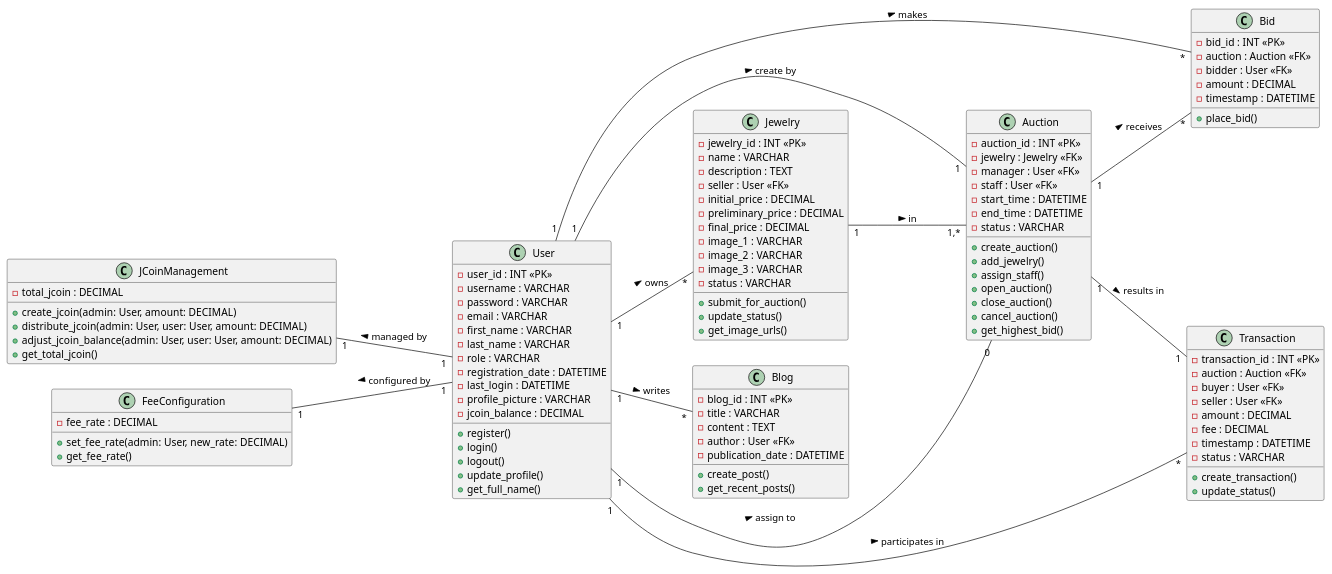
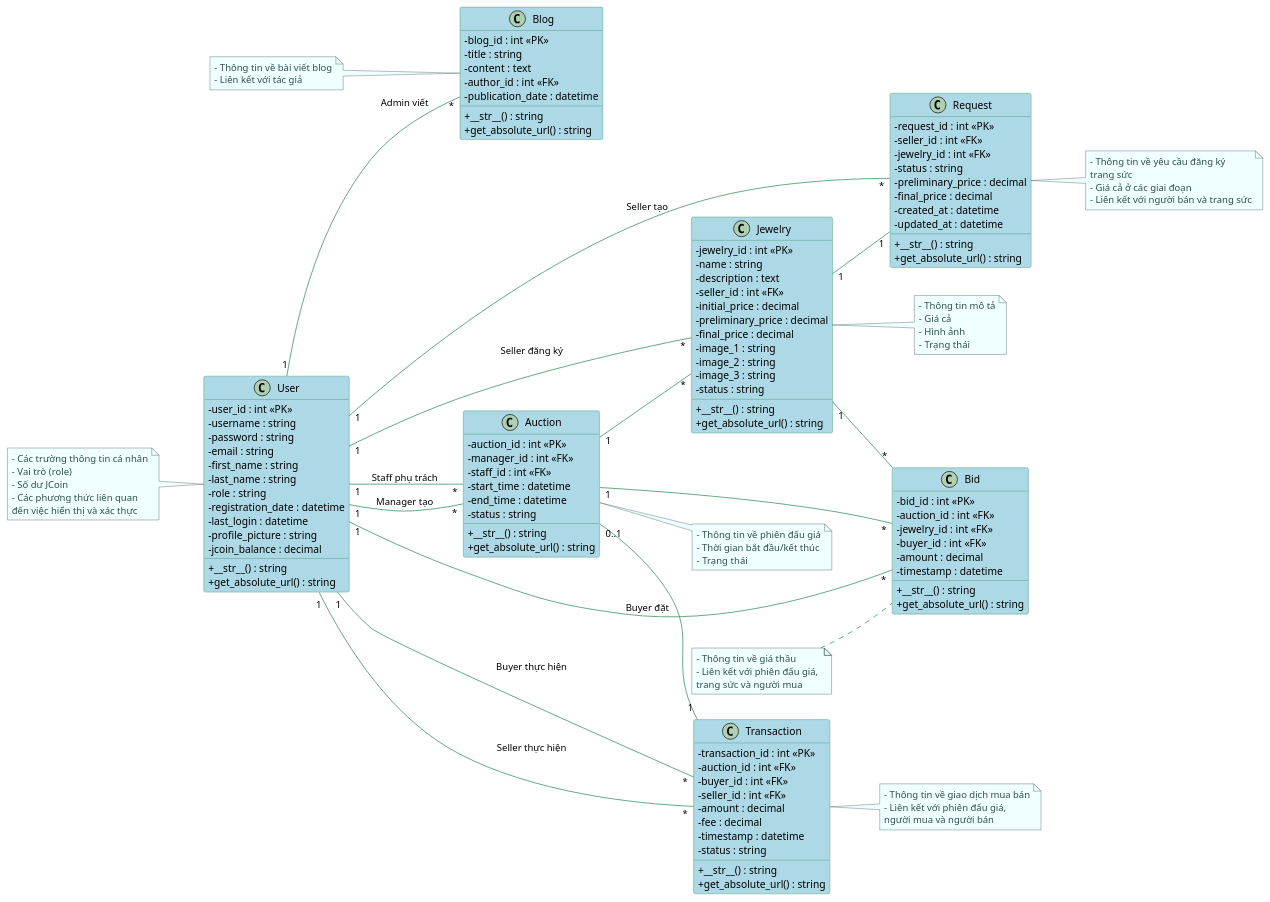
One commit to PeHatHat/Nhom9_CNPM changed the diagram in UML/ClassDiagram.plantuml. Above: the diagram before and after it, drawn with PlantUML. The commit also changed 2 other files, not shown here.

Commit message:
update setting and UML

```diff
--- a/UML/ClassDiagram.plantuml
+++ b/UML/ClassDiagram.plantuml
@@ -1,112 +1,135 @@
-@startuml Class
+@startuml   Class
 left to right direction
+skinparam classAttributeIconSize 0
+skinparam class {
+    BackgroundColor #ADD8E6
+    ArrowColor #2E8B57
+    BorderColor #2E8B57
+    FontName Arial
+}
+skinparam note {
+    BackgroundColor #F0FFFF
+    FontColor #2F4F4F
+    BorderColor #2F4F4F
+    FontName Arial
+}
+
 class User {
-  - user_id : INT <<PK>>
-  - username : VARCHAR
-  - password : VARCHAR
-  - email : VARCHAR
-  - first_name : VARCHAR
-  - last_name : VARCHAR
-  - role : VARCHAR
-  - registration_date : DATETIME
-  - last_login : DATETIME
-  - profile_picture : VARCHAR
-  - jcoin_balance : DECIMAL
-  + register()
-  + login()
-  + logout()
-  + update_profile()
-  + get_full_name()
+  -user_id : int <<PK>>
+  -username : string
+  -password : string
+  -email : string
+  -first_name : string
+  -last_name : string
+  -role : string
+  -registration_date : datetime
+  -last_login : datetime
+  -profile_picture : string
+  -jcoin_balance : decimal
+  +__str__() : string
+  +get_absolute_url() : string
 }
 
 class Jewelry {
-  - jewelry_id : INT <<PK>>
-  - name : VARCHAR
-  - description : TEXT
-  - seller : User <<FK>>
-  - initial_price : DECIMAL
-  - preliminary_price : DECIMAL
-  - final_price : DECIMAL
-  - image_1 : VARCHAR
-  - image_2 : VARCHAR
-  - image_3 : VARCHAR
-  - status : VARCHAR
-  + submit_for_auction()
-  + update_status()
-  + get_image_urls()
+  -jewelry_id : int <<PK>>
+  -name : string
+  -description : text
+  -seller_id : int <<FK>>
+  -initial_price : decimal
+  -preliminary_price : decimal
+  -final_price : decimal
+  -image_1 : string
+  -image_2 : string
+  -image_3 : string
+  -status : string
+  +__str__() : string
+  +get_absolute_url() : string
 }
 
 class Auction {
-  - auction_id : INT <<PK>>
-  - jewelry : Jewelry <<FK>>
-  - manager : User <<FK>>
-  - staff : User <<FK>>
-  - start_time : DATETIME
-  - end_time : DATETIME
-  - status : VARCHAR
-  + create_auction()
-  + add_jewelry()
-  + assign_staff()
-  + open_auction()
-  + close_auction()
-  + cancel_auction()
-  + get_highest_bid()
+  -auction_id : int <<PK>>
+  -manager_id : int <<FK>>
+  -staff_id : int <<FK>>
+  -start_time : datetime
+  -end_time : datetime
+  -status : string
+  +__str__() : string
+  +get_absolute_url() : string
 }
 
 class Bid {
-  - bid_id : INT <<PK>>
-  - auction : Auction <<FK>>
-  - bidder : User <<FK>>
-  - amount : DECIMAL
-  - timestamp : DATETIME
-  + place_bid()
+  -bid_id : int <<PK>>
+  -auction_id : int <<FK>>
+  -jewelry_id : int <<FK>>
+  -buyer_id : int <<FK>>
+  -amount : decimal
+  -timestamp : datetime
+  +__str__() : string
+  +get_absolute_url() : string
 }
 
 class Transaction {
-  - transaction_id : INT <<PK>>
-  - auction : Auction <<FK>>
-  - buyer : User <<FK>>
-  - seller : User <<FK>>
-  - amount : DECIMAL
-  - fee : DECIMAL
-  - timestamp : DATETIME
-  - status : VARCHAR
-  + create_transaction()
-  + update_status()
+  -transaction_id : int <<PK>>
+  -auction_id : int <<FK>>
+  -buyer_id : int <<FK>>
+  -seller_id : int <<FK>>
+  -amount : decimal
+  -fee : decimal
+  -timestamp : datetime
+  -status : string
+  +__str__() : string
+  +get_absolute_url() : string
+}
+
+class Request {
+  -request_id : int <<PK>>
+  -seller_id : int <<FK>>
+  -jewelry_id : int <<FK>>
+  -status : string
+  -preliminary_price : decimal
+  -final_price : decimal
+  -created_at : datetime
+  -updated_at : datetime
+  +__str__() : string
+  +get_absolute_url() : string
 }
 
 class Blog {
-  - blog_id : INT <<PK>>
-  - title : VARCHAR
-  - content : TEXT
-  - author : User <<FK>>
-  - publication_date : DATETIME
-  + create_post()
-  + get_recent_posts()
+  -blog_id : int <<PK>>
+  -title : string
+  -content : text
+  -author_id : int <<FK>>
+  -publication_date : datetime
+  +__str__() : string
+  +get_absolute_url() : string
 }
 
-class JCoinManagement {
-  - total_jcoin : DECIMAL
-  + create_jcoin(admin: User, amount: DECIMAL)
-  + distribute_jcoin(admin: User, user: User, amount: DECIMAL)
-  + adjust_jcoin_balance(admin: User, user: User, amount: DECIMAL)
-  + get_total_jcoin()
-}
+note left of User : - Các trường thông tin cá nhân\n- Vai trò (role)\n- Số dư JCoin\n- Các phương thức liên quan \nđến việc hiển thị và xác thực
 
-class FeeConfiguration {
-  - fee_rate : DECIMAL
-  + set_fee_rate(admin: User, new_rate: DECIMAL)
-  + get_fee_rate()
-}
-User "1" -- "*" Jewelry : owns >
-User "1" -- "*" Bid : makes >
-User "1" -- "*" Transaction : participates in >
-User "1" -- "*" Blog : writes >
-Jewelry "1" -- "1,*" Auction : in >
-Auction "1" -- "*" Bid : receives >
-Auction "1" -- "1" Transaction : results in >
-Auction "1" -- "1" User : create by <
-Auction "0" -- "1" User : assign to <
-JCoinManagement "1" -- "1" User : managed by <
-FeeConfiguration "1" -- "1" User : configured by <
+note right of Jewelry : - Thông tin mô tả\n- Giá cả\n- Hình ảnh\n- Trạng thái
+
+note right of Auction : - Thông tin về phiên đấu giá\n- Thời gian bắt đầu/kết thúc\n- Trạng thái
+
+note left of Bid : - Thông tin về giá thầu\n- Liên kết với phiên đấu giá, \ntrang sức và người mua
+
+note right of Transaction : - Thông tin về giao dịch mua bán\n- Liên kết với phiên đấu giá, \nngười mua và người bán
+
+note right of Request : - Thông tin về yêu cầu đăng ký \ntrang sức\n- Giá cả ở các giai đoạn \n- Liên kết với người bán và trang sức
+
+note left of Blog : - Thông tin về bài viết blog\n- Liên kết với tác giả
+
+User "1" -- "*" Jewelry : Seller đăng ký
+User "1" -- "*" Auction : Manager tạo
+User "1" -- "*" Auction : Staff phụ trách
+User "1" -- "*" Bid : Buyer đặt
+User "1" -- "*" Transaction : Buyer thực hiện
+User "1" -- "*" Transaction : Seller thực hiện
+User "1" -- "*" Request : Seller tạo
+User "1" -- "*" Blog : Admin viết
+Auction "1" -- "*" Jewelry : ""
+Auction "1" -- "*" Bid : ""
+Auction "0..1" -- "1" Transaction : ""
+Jewelry "1" -- "*" Bid : ""
+Jewelry "1" -- "1" Request : ""
+
 @enduml
```
